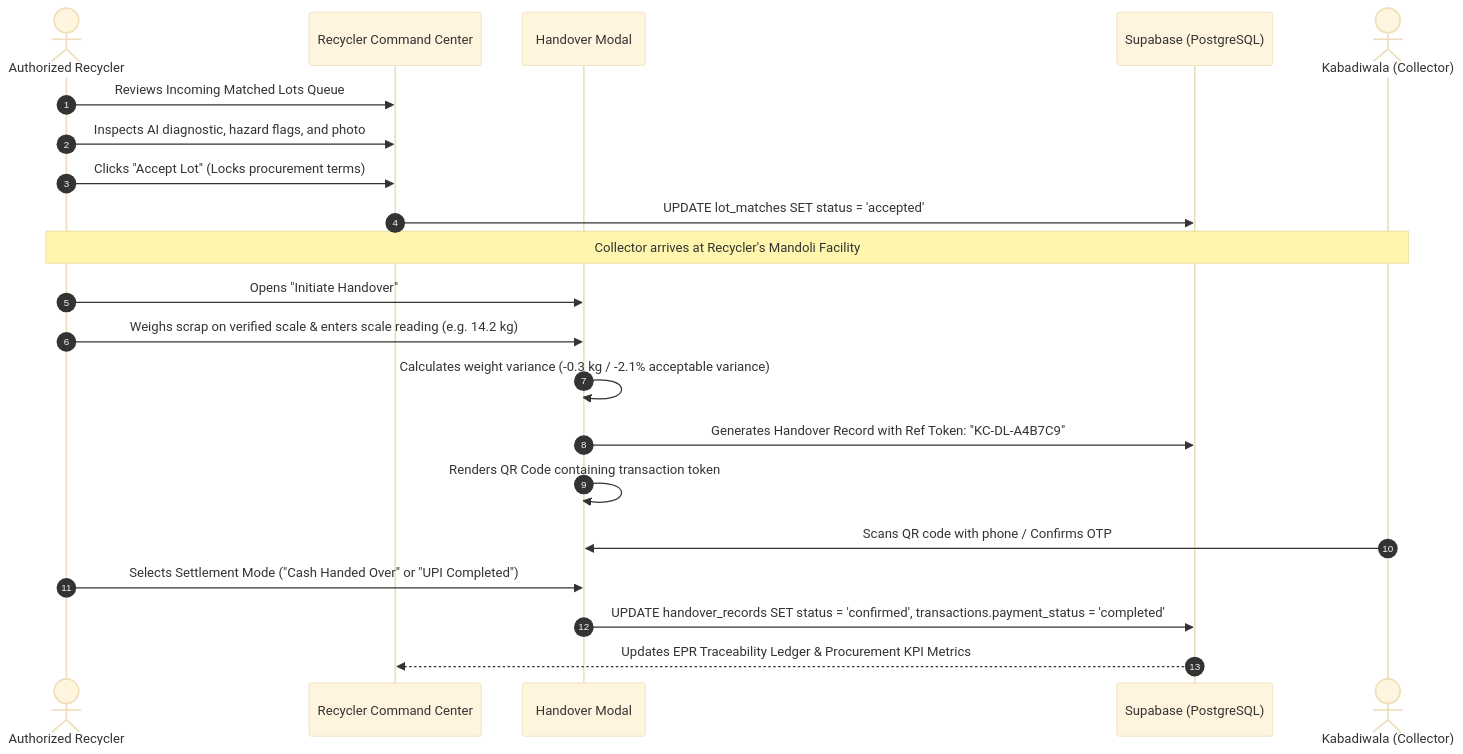
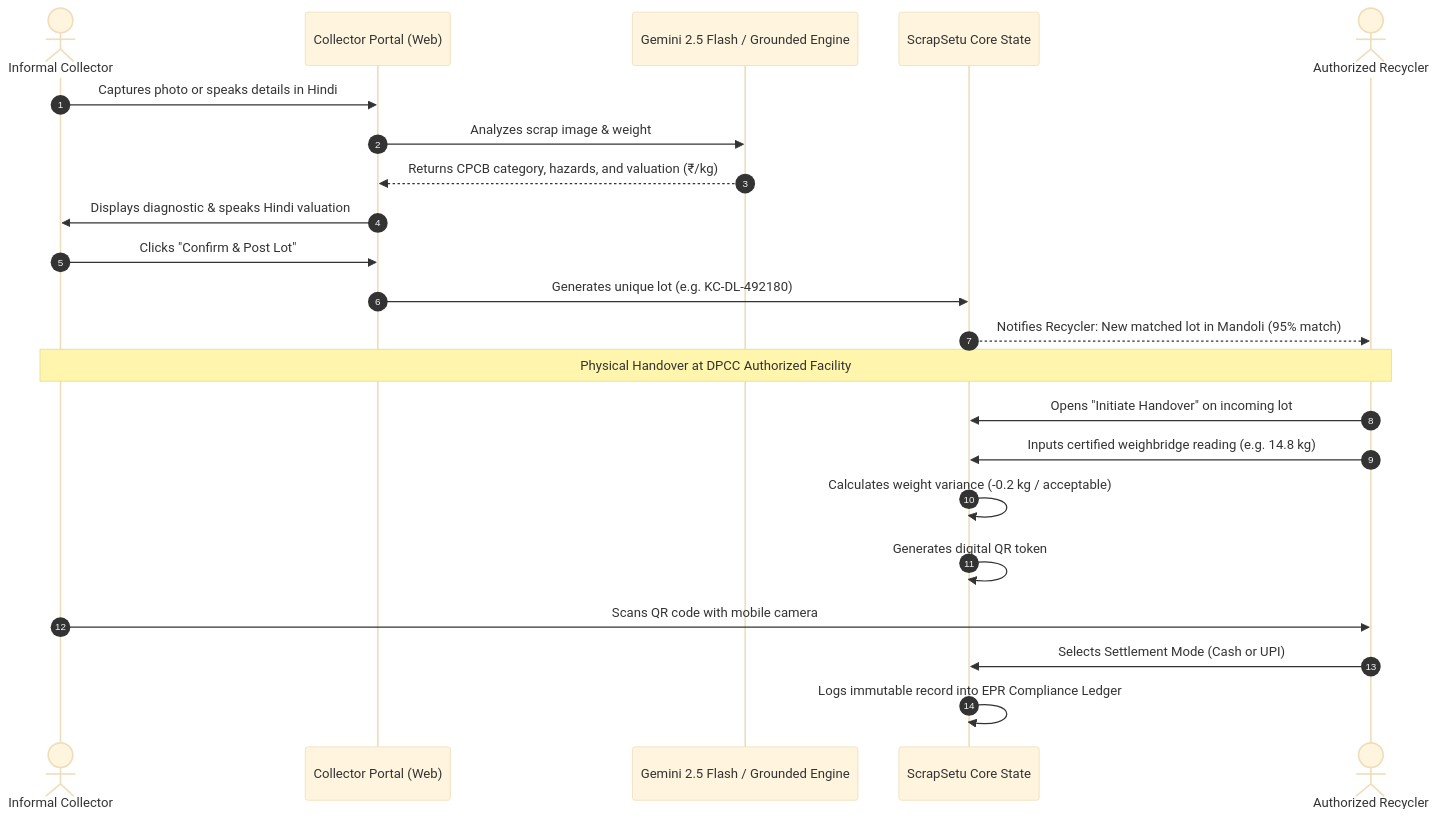
The diagram in README.md (nikhillakra2007-tech/scrapsetu), drawn with Mermaid (base theme) before and after one commit. The commit also changed other lines of this file, not shown here.

Commit message:
docs: update README with architecture, LeafLine design system, and model workflows

````diff
--- a/README.md
+++ b/README.md
@@ -277,24 +244,25 @@
 ```mermaid
 sequenceDiagram
     autonumber
+    actor C as Informal Collector
+    participant Portal as Collector Portal (Web)
+    participant AI as Gemini 2.5 Flash / Grounded Engine
+    participant App as ScrapSetu Core State
     actor R as Authorized Recycler
-    participant Dash as Recycler Command Center
-    participant Modal as Handover Modal
-    participant DB as Supabase (PostgreSQL)
-    actor C as Kabadiwala (Collector)
 
-    R->>Dash: Reviews Incoming Matched Lots Queue
-    R->>Dash: Inspects AI diagnostic, hazard flags, and photo
-    R->>Dash: Clicks "Accept Lot" (Locks procurement terms)
-    Dash->>DB: UPDATE lot_matches SET status = 'accepted'
-    Note over R,C: Collector arrives at Recycler's Mandoli Facility
-    R->>Modal: Opens "Initiate Handover"
-    R->>Modal: Weighs scrap on verified scale & enters scale reading (e.g. 14.2 kg)
-    Modal->>Modal: Calculates weight variance (-0.3 kg / -2.1% acceptable variance)
-    Modal->>DB: Generates Handover Record with Ref Token: "KC-DL-A4B7C9"
-    Modal->>Modal: Renders QR Code containing transaction token
-    C->>Modal: Scans QR code with phone / Confirms OTP
-    R->>Modal: Selects Settlement Mode ("Cash Handed Over" or "UPI Completed")
-    Modal->>DB: UPDATE handover_records SET status = 'confirmed', transactions.payment_status = 'completed'
-    DB-->>Dash: Updates EPR Traceability Ledger & Procurement KPI Metrics
+    C->>Portal: Captures photo or speaks details in Hindi
+    Portal->>AI: Analyzes scrap image & weight
+    AI-->>Portal: Returns CPCB category, hazards, and valuation (₹/kg)
+    Portal->>C: Displays diagnostic & speaks Hindi valuation
+    C->>Portal: Clicks "Confirm & Post Lot"
+    Portal->>App: Generates unique lot (e.g. KC-DL-492180)
+    App-->>R: Notifies Recycler: New matched lot in Mandoli (95% match)
+    Note over C,R: Physical Handover at DPCC Authorized Facility
+    R->>App: Opens "Initiate Handover" on incoming lot
+    R->>App: Inputs certified weighbridge reading (e.g. 14.8 kg)
+    App->>App: Calculates weight variance (-0.2 kg / acceptable)
+    App->>App: Generates digital QR token
+    C->>R: Scans QR code with mobile camera
+    R->>App: Selects Settlement Mode (Cash or UPI)
+    App->>App: Logs immutable record into EPR Compliance Ledger
 ```
````
